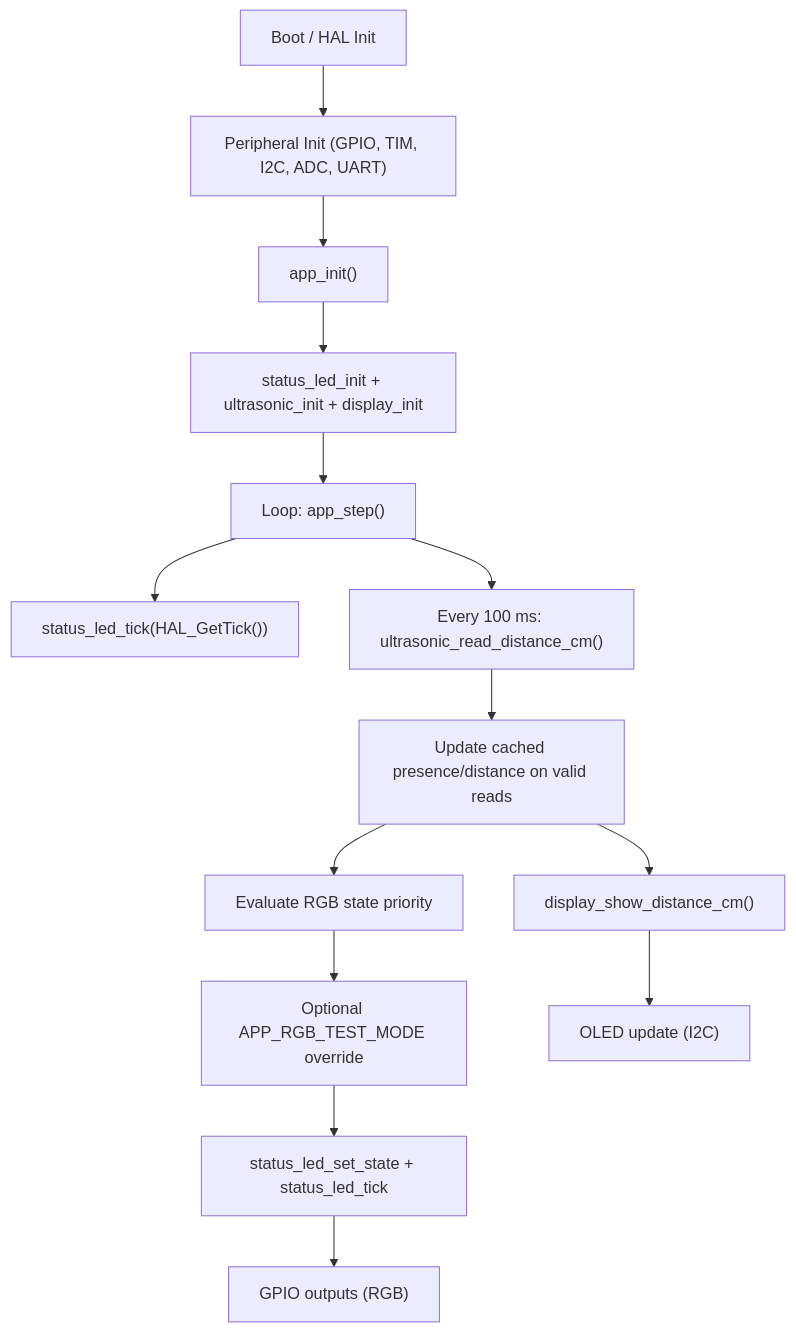
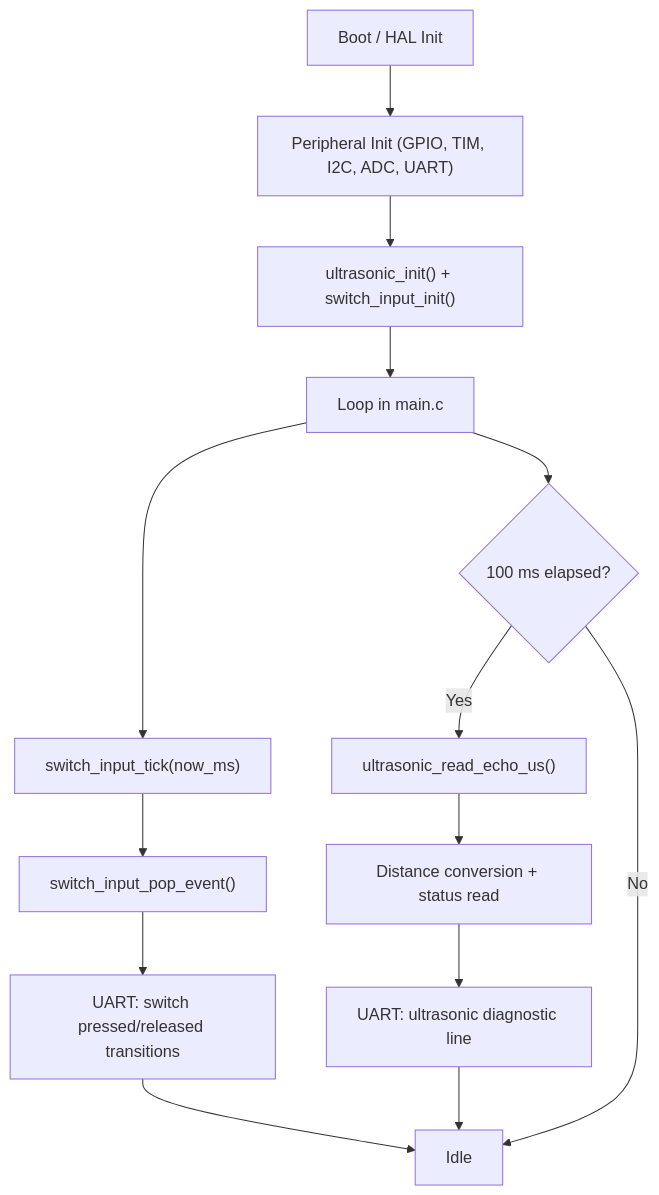
The diagram in docs/architecture/Architecture.md (RJTPP/S-ADAPT-IoT), drawn with Mermaid before and after one commit. The commit also changed other lines of this file and 6 other files, not shown here.

````diff
--- a/docs/architecture/Architecture.md
+++ b/docs/architecture/Architecture.md
@@ -32,16 +33,16 @@
 ```mermaid
 flowchart TD
     A["Boot / HAL Init"] --> B["Peripheral Init (GPIO, TIM, I2C, ADC, UART)"]
-    B --> C["app_init()"]
-    C --> C1["status_led_init + ultrasonic_init + display_init"]
-    C1 --> D["Loop: app_step()"]
-    D --> E["status_led_tick(HAL_GetTick())"]
-    D --> F["Every 100 ms: ultrasonic_read_distance_cm()"]
-    F --> G["Update cached presence/distance on valid reads"]
-    G --> H["Evaluate RGB state priority"]
-    H --> I["Optional APP_RGB_TEST_MODE override"]
-    I --> J["status_led_set_state + status_led_tick"]
-    J --> K["GPIO outputs (RGB)"]
-    G --> L["display_show_distance_cm()"]
-    L --> M["OLED update (I2C)"]
+    B --> C["ultrasonic_init() + switch_input_init()"]
+    C --> D["Loop in main.c"]
+    D --> E["switch_input_tick(now_ms)"]
+    E --> F["switch_input_pop_event()"]
+    F --> G["UART: switch pressed/released transitions"]
+    D --> H{"100 ms elapsed?"}
+    H -- "Yes" --> I["ultrasonic_read_echo_us()"]
+    I --> J["Distance conversion + status read"]
+    J --> K["UART: ultrasonic diagnostic line"]
+    H -- "No" --> L["Idle"]
+    G --> L
+    K --> L
 ```
````
